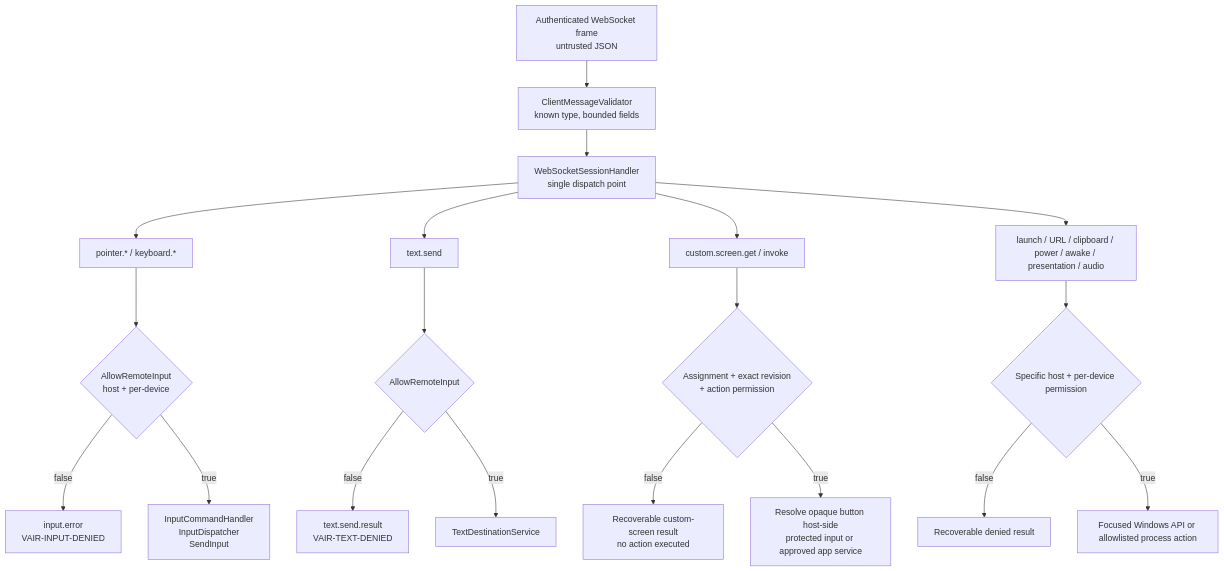
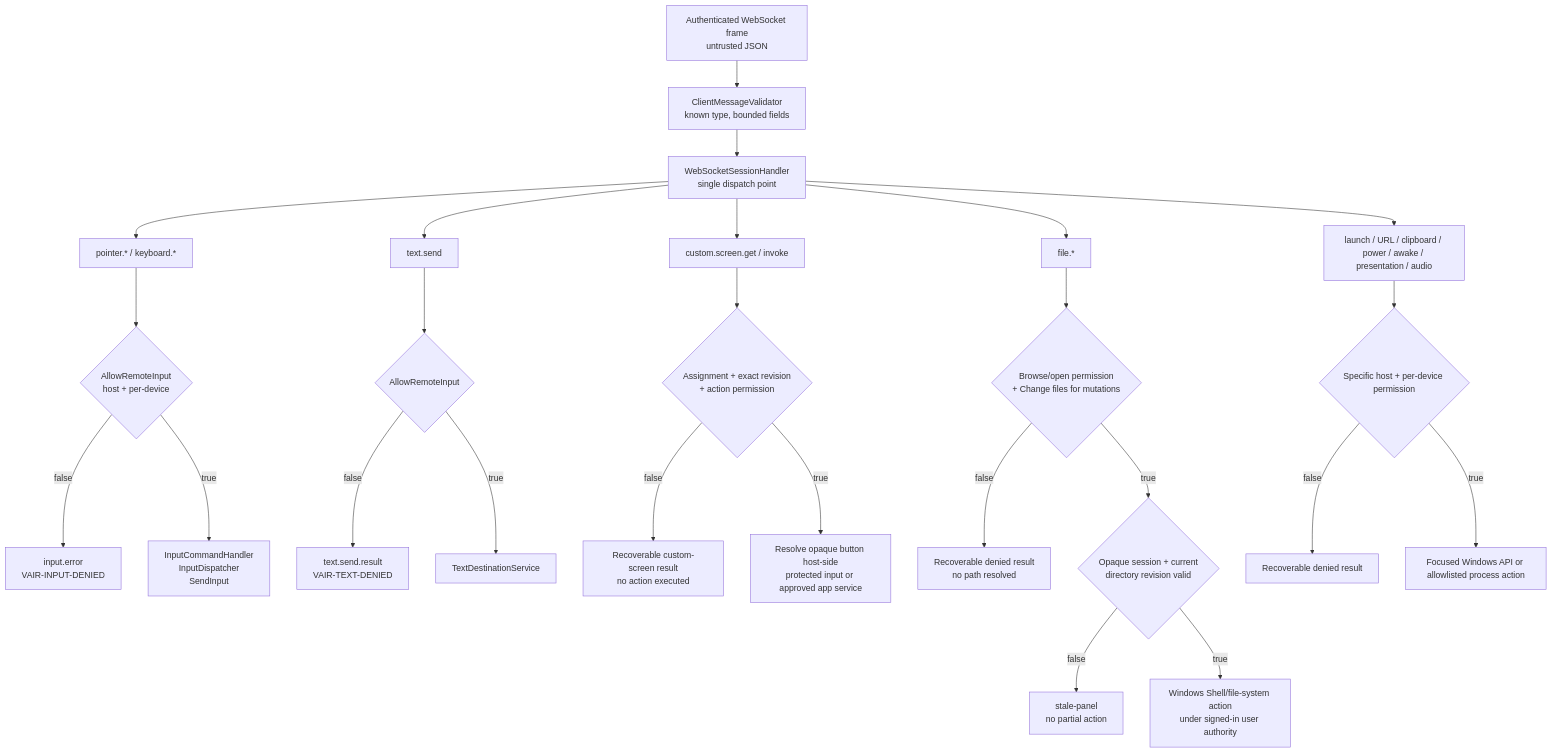
One commit to voltura/voltura-air changed the fourth of 5 diagrams in docs/security-architecture-diagrams.md. Above: the diagram before and after it, drawn with Mermaid. The commit also changed other lines of this file and 70 other files, not shown here.

````diff
--- a/docs/security-architecture-diagrams.md
+++ b/docs/security-architecture-diagrams.md
@@ -88,25 +91,32 @@
 ```mermaid
 flowchart TD
   Frame["Authenticated WebSocket frame\nuntrusted JSON"] --> Validate["ClientMessageValidator\nknown type, bounded fields"]
   Validate --> Dispatch["WebSocketSessionHandler\nsingle dispatch point"]
 
   Dispatch --> Input["pointer.* / keyboard.*"]
   Input --> RemoteInput{"AllowRemoteInput\nhost + per-device"}
   RemoteInput -- "false" --> InputDenied["input.error\nVAIR-INPUT-DENIED"]
   RemoteInput -- "true" --> SendInput["InputCommandHandler\nInputDispatcher\nSendInput"]
 
   Dispatch --> Text["text.send"]
   Text --> TextPerm{"AllowRemoteInput"}
   TextPerm -- "false" --> TextDenied["text.send.result\nVAIR-TEXT-DENIED"]
   TextPerm -- "true" --> TextSink["TextDestinationService"]
 
   Dispatch --> Custom["custom.screen.get / invoke"]
   Custom --> CustomGate{"Assignment + exact revision\n+ action permission"}
   CustomGate -- "false" --> CustomDenied["Recoverable custom-screen result\nno action executed"]
   CustomGate -- "true" --> OpaqueAction["Resolve opaque button host-side\nprotected input or approved app service"]
 
+  Dispatch --> Files["file.*"]
+  Files --> FilePerm{"Browse/open permission\n+ Change files for mutations"}
+  FilePerm -- "false" --> FileDenied["Recoverable denied result\nno path resolved"]
+  FilePerm -- "true" --> FileRevision{"Opaque session + current\ndirectory revision valid"}
+  FileRevision -- "false" --> FileStale["stale-panel\nno partial action"]
+  FileRevision -- "true" --> FileAction["Windows Shell/file-system action\nunder signed-in user authority"]
+
   Dispatch --> Privileged["launch / URL / clipboard / power / awake / presentation / audio"]
   Privileged --> SpecificPerm{"Specific host + per-device permission"}
   SpecificPerm -- "false" --> RecoverableDeny["Recoverable denied result"]
   SpecificPerm -- "true" --> WindowsAction["Focused Windows API or allowlisted process action"]
 ```
````
